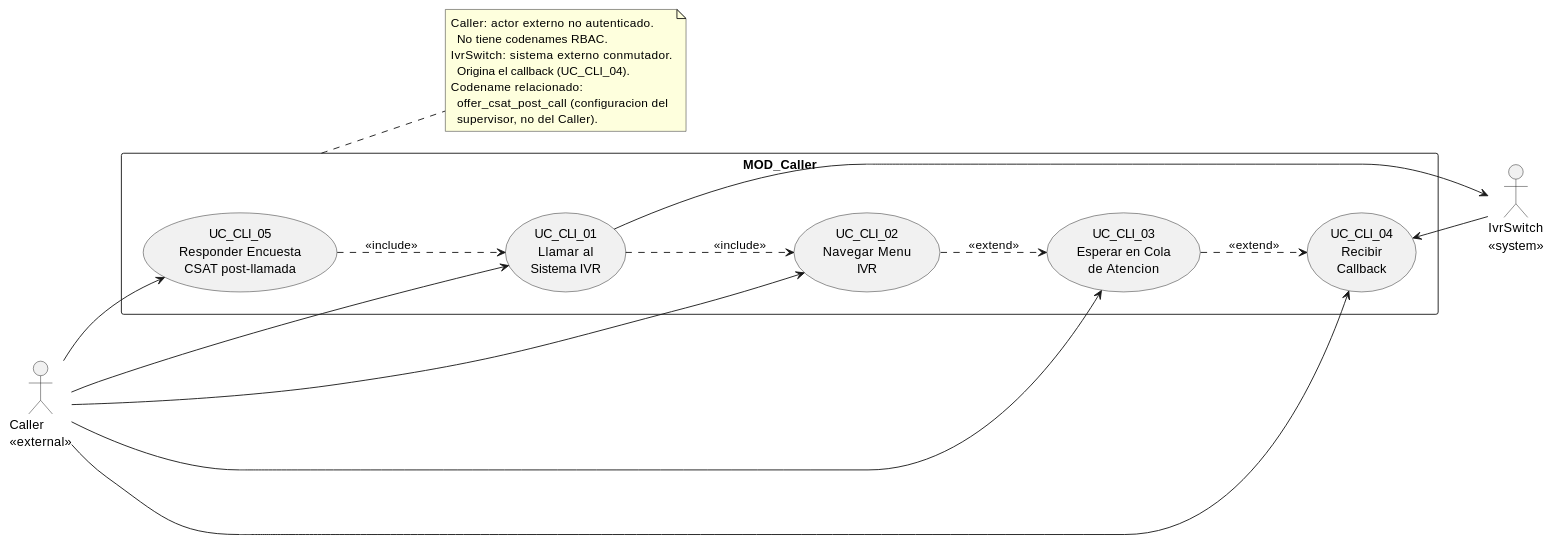
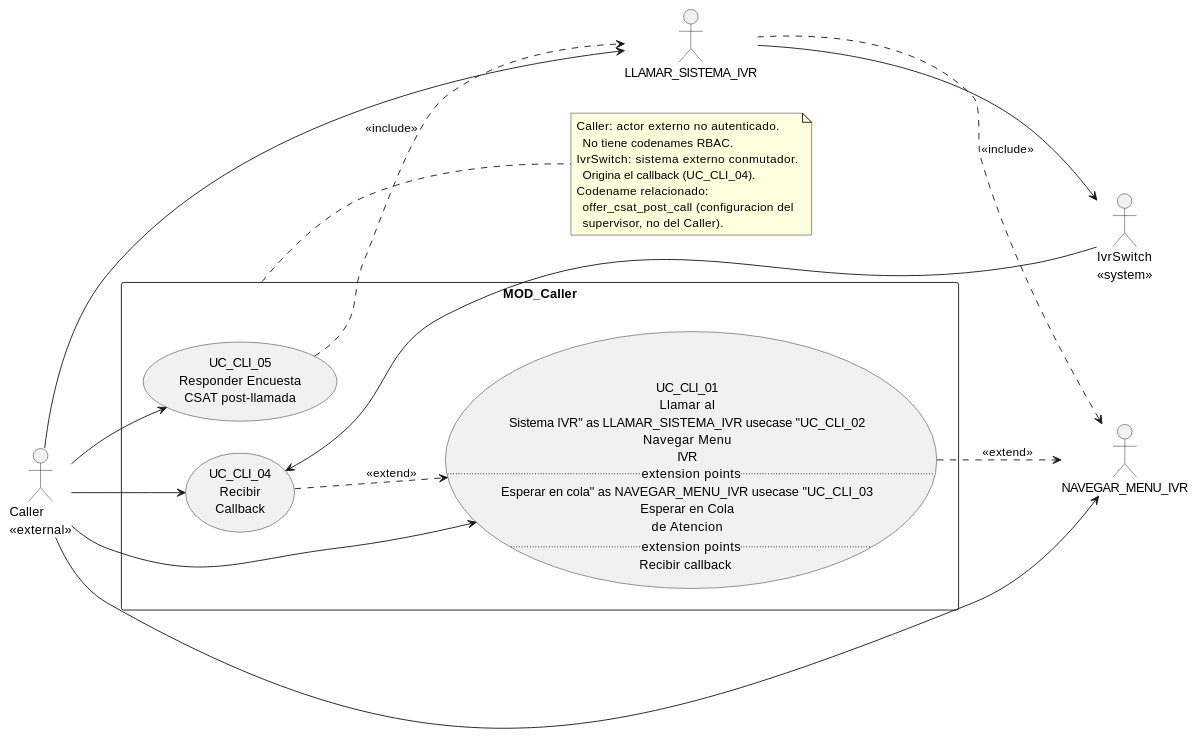
Before and after one commit to jcg-admin/IACT-docs: the diagram in source/arquitectura-tecnica/use-case-view/caller/index.rst, drawn with PlantUML. The commit also changed other lines of this file and 102 other files, not shown here.

First line of the commit message:
Apply uml-07 remediation Phase 1+2: cleanup stubs + fix extends

```diff
--- a/source/arquitectura-tecnica/use-case-view/caller/index.rst
+++ b/source/arquitectura-tecnica/use-case-view/caller/index.rst
@@ -23,43 +23,41 @@
 .. uml::
  :caption: MOD_Caller — Caller externo es el actor principal;
            IvrSwitch es sistema externo conmutador.
 
  @startuml
  left to right direction
 
  actor "Caller\n<<external>>"     as Caller
  actor "IvrSwitch\n<<system>>"    as IvrSwitch
 
  rectangle "MOD_Caller" {
-   usecase "UC_CLI_01\nLlamar al\nSistema IVR" as LLAMAR_SISTEMA_IVR
-   usecase "UC_CLI_02\nNavegar Menu\nIVR" as NAVEGAR_MENU_IVR
-   usecase "UC_CLI_03\nEsperar en Cola\nde Atencion" as ESPERAR_COLA
+   usecase "UC_CLI_01\nLlamar al\nSistema IVR" as LLAMAR_SISTEMA_IVR   usecase "UC_CLI_02\nNavegar Menu\nIVR\n.. extension points ..\nEsperar en cola" as NAVEGAR_MENU_IVR   usecase "UC_CLI_03\nEsperar en Cola\nde Atencion\n.. extension points ..\nRecibir callback" as ESPERAR_COLA
    usecase "UC_CLI_04\nRecibir\nCallback" as RECIBIR_CALLBACK
    usecase "UC_CLI_05\nResponder Encuesta\nCSAT post-llamada" as RESPONDER_ENCUESTA_CSAT
  }
 
  Caller --> LLAMAR_SISTEMA_IVR
  Caller --> NAVEGAR_MENU_IVR
  Caller --> ESPERAR_COLA
  Caller --> RECIBIR_CALLBACK
  Caller --> RESPONDER_ENCUESTA_CSAT
 
  LLAMAR_SISTEMA_IVR --> IvrSwitch
  RECIBIR_CALLBACK   <-- IvrSwitch
 
  LLAMAR_SISTEMA_IVR ..> NAVEGAR_MENU_IVR : <<include>>
- NAVEGAR_MENU_IVR ..> ESPERAR_COLA : <<extend>>
- ESPERAR_COLA ..> RECIBIR_CALLBACK : <<extend>>
+ ESPERAR_COLA ..> NAVEGAR_MENU_IVR : <<extend>>
+ RECIBIR_CALLBACK ..> ESPERAR_COLA : <<extend>>
  RESPONDER_ENCUESTA_CSAT ..> LLAMAR_SISTEMA_IVR : <<include>>
 
  note right of MOD_Caller
    Caller: actor externo no autenticado.
      No tiene codenames RBAC.
    IvrSwitch: sistema externo conmutador.
      Origina el callback (UC_CLI_04).
    Codename relacionado:
      offer_csat_post_call (configuracion del
      supervisor, no del Caller).
  end note
 
  @enduml
```
